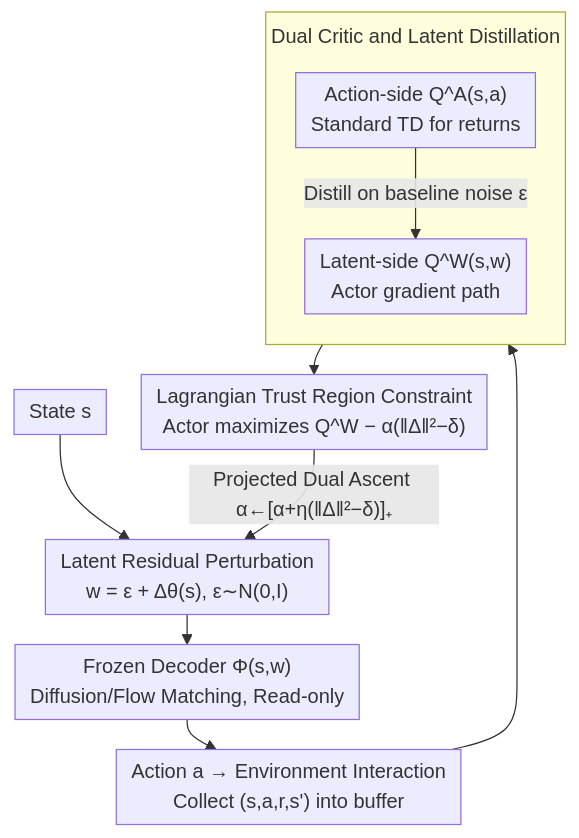
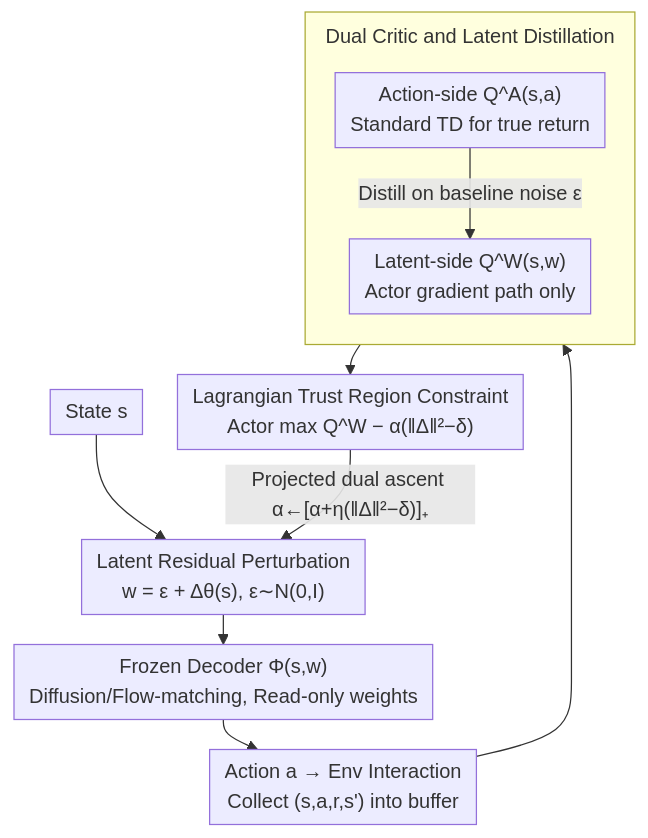
The diagram in docs/ICML2026/robotics/lagrangian_perturbation_diffusion_steering_latent_reinforcement_learning_for_gen.md (zhaoyang97/Paper-Notes-en), drawn with Mermaid before and after one commit. The commit also changed other lines of this file and 5084 other files, not shown here.

````diff
--- a/docs/ICML2026/robotics/lagrangian_perturbation_diffusion_steering_latent_reinforcement_learning_for_gen.md
+++ b/docs/ICML2026/robotics/lagrangian_perturbation_diffusion_steering_latent_reinforcement_learning_for_gen.md
@@ -43,15 +43,15 @@
 ```mermaid
 %%{init: {'flowchart': {'rankSpacing': 24, 'nodeSpacing': 28, 'padding': 6, 'wrappingWidth': 400, 'subGraphTitleMargin': {'top': 8, 'bottom': 16}}}}%%
 flowchart TD
     S["State s"] --> RES["Latent Residual Perturbation<br/>w = ε + Δθ(s), ε∼N(0,I)"]
-    RES --> DEC["Frozen Decoder Φ(s,w)<br/>Diffusion/Flow Matching, Read-only"]
-    DEC --> ACT["Action a → Environment Interaction<br/>Collect (s,a,r,s') into buffer"]
+    RES --> DEC["Frozen Decoder Φ(s,w)<br/>Diffusion/Flow-matching, Read-only weights"]
+    DEC --> ACT["Action a → Env Interaction<br/>Collect (s,a,r,s') into buffer"]
     subgraph CRITIC["Dual Critic and Latent Distillation"]
         direction TB
-        QA["Action-side Q^A(s,a)<br/>Standard TD for returns"]
-        QA -->|"Distill on baseline noise ε"| QW["Latent-side Q^W(s,w)<br/>Actor gradient path"]
+        QA["Action-side Q^A(s,a)<br/>Standard TD for true return"]
+        QA -->|"Distill on baseline noise ε"| QW["Latent-side Q^W(s,w)<br/>Actor gradient path only"]
     end
     ACT --> QA
-    QW --> UPD["Lagrangian Trust Region Constraint<br/>Actor maximizes Q^W − α(‖Δ‖²−δ)"]
-    UPD -->|"Projected Dual Ascent α←[α+η(‖Δ‖²−δ)]₊"| RES
+    QW --> UPD["Lagrangian Trust Region Constraint<br/>Actor max Q^W − α(‖Δ‖²−δ)"]
+    UPD -->|"Projected dual ascent α←[α+η(‖Δ‖²−δ)]₊"| RES
 ```
````
